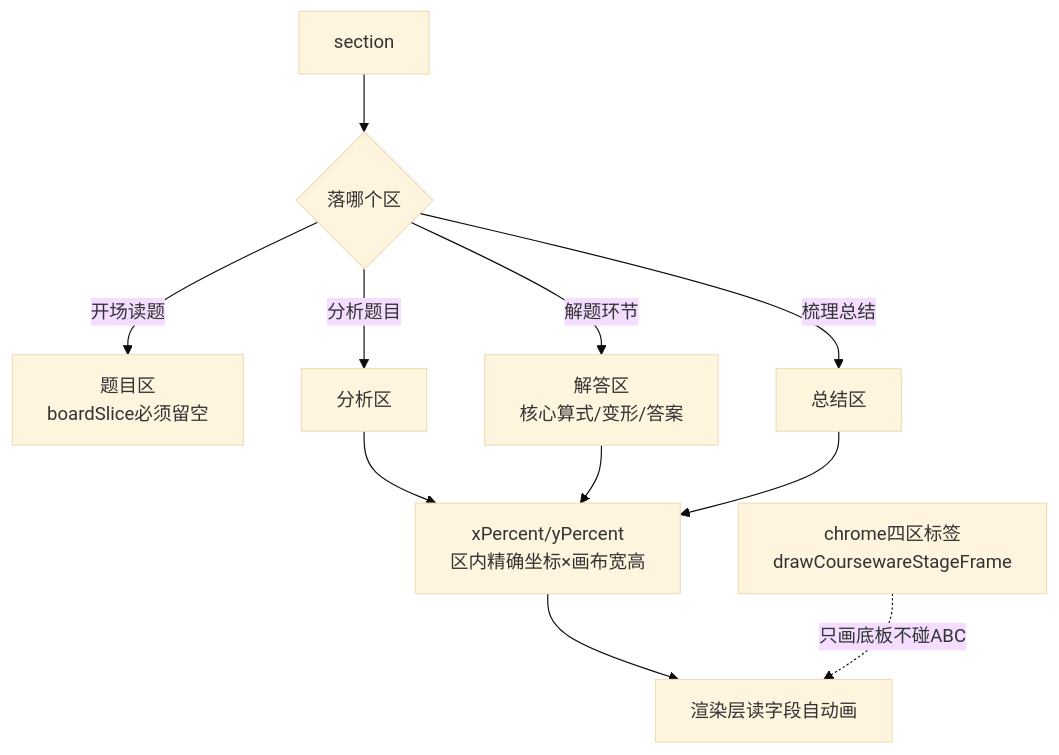
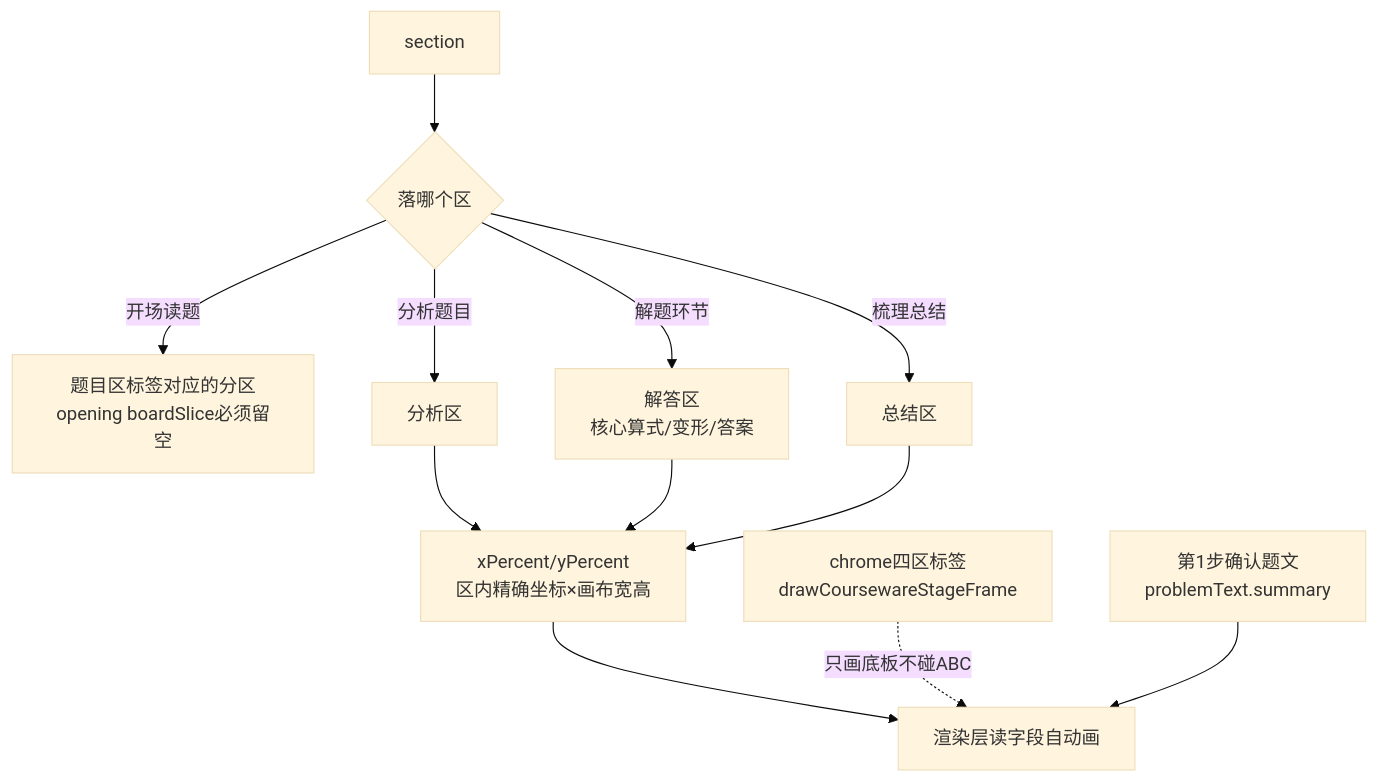
The fourth of 4 diagrams in 认知图-核心逻辑动态图.md (4xiaxia/video-d), drawn with Mermaid (base theme) before and after one commit. The commit also changed other lines of this file and 10 other files, not shown here.

Commit message:
feat: clarify problem text truth source and prevent opening boardSlice override

````diff
--- a/认知图-核心逻辑动态图.md
+++ b/认知图-核心逻辑动态图.md
@@ -296,11 +296,12 @@
 ```mermaid
 flowchart TD
     SEC[section] --> Z{落哪个区}
-    Z -->|开场读题| ZO[题目区<br/>boardSlice必须留空]
+    Z -->|开场读题| ZO[题目区标签对应的分区<br/>opening boardSlice必须留空]
     Z -->|分析题目| ZA[分析区]
     Z -->|解题环节| ZS[解答区<br/>核心算式/变形/答案]
     Z -->|梳理总结| ZU[总结区]
     ZA & ZS & ZU --> XY[xPercent/yPercent<br/>区内精确坐标×画布宽高]
     XY --> R[渲染层读字段自动画]
     CH[chrome四区标签<br/>drawCoursewareStageFrame] -.只画底板不碰ABC.-> R
+    PT[第1步确认题文<br/>problemText.summary] --> R
 ```
````
